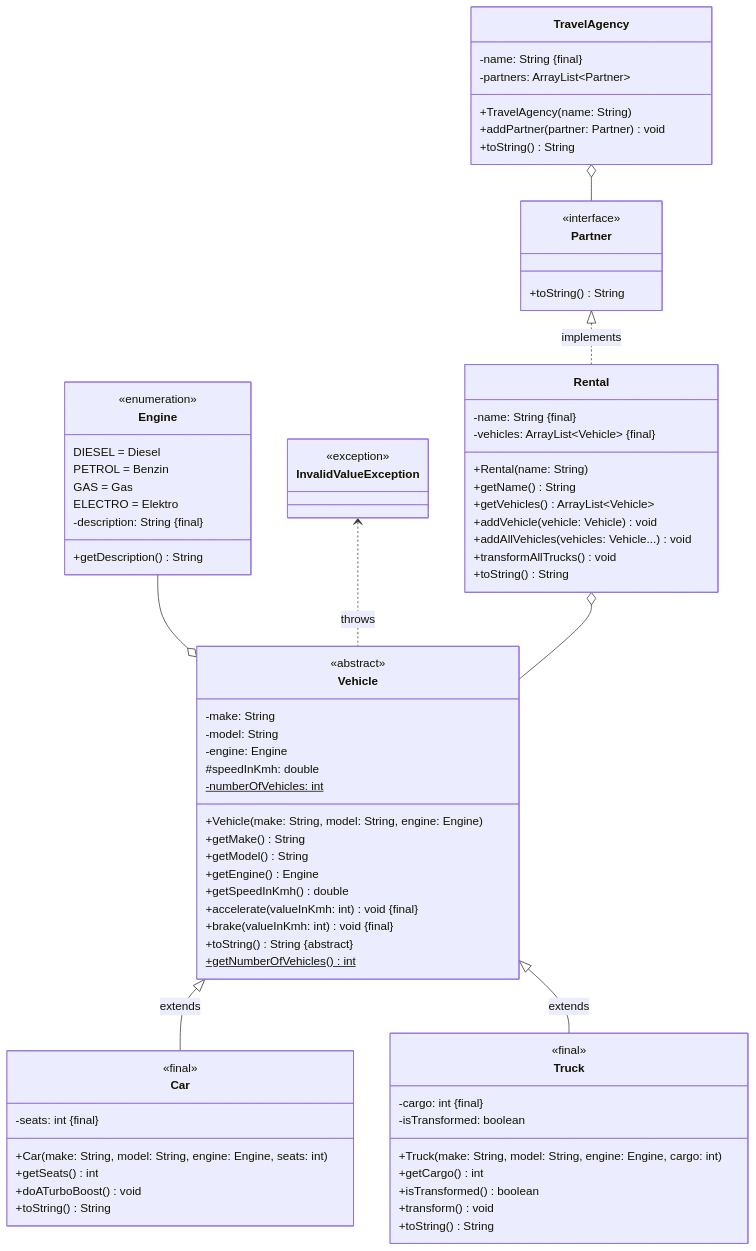
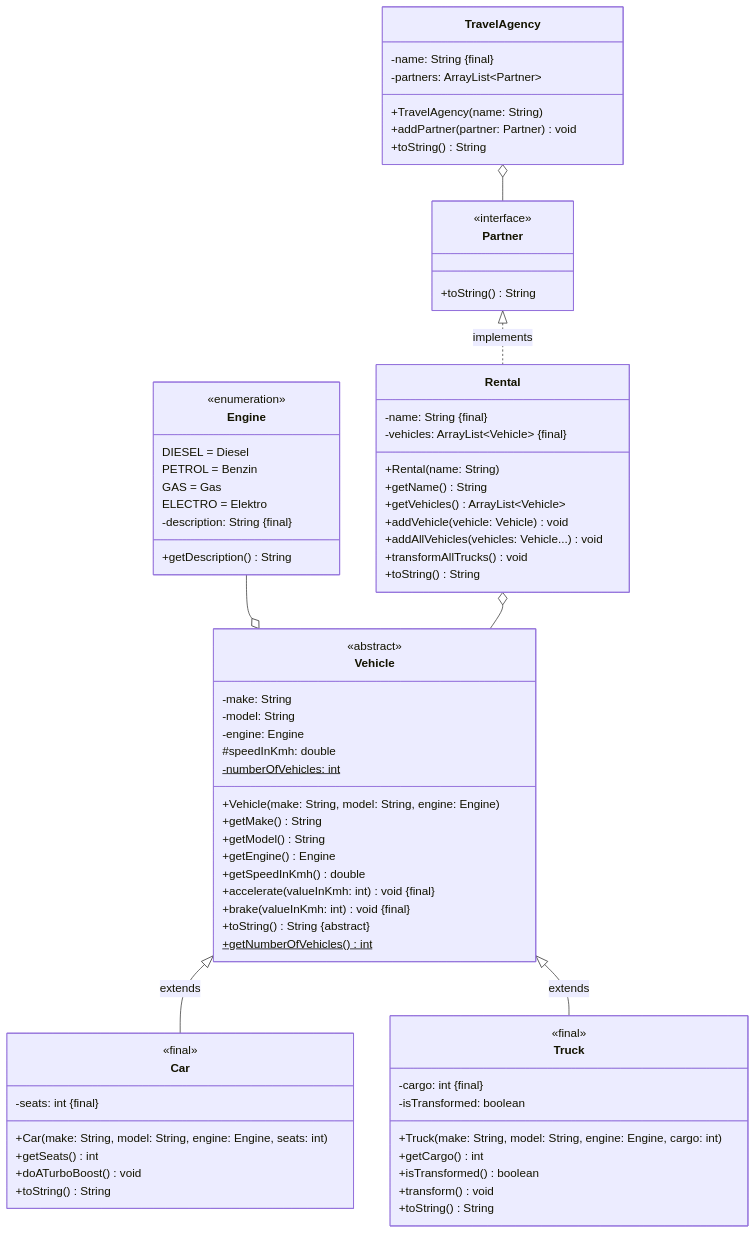
The diagram in docs/exercises/exceptions/exceptions01.mdx (jappuccini/java-docs), drawn with Mermaid before and after one commit. The commit also changed other lines of this file and 64 other files, not shown here.

````diff
--- a/docs/exercises/exceptions/exceptions01.mdx
+++ b/docs/exercises/exceptions/exceptions01.mdx
@@ -18,7 +17,6 @@
     Vehicle <|-- Car : extends
     Vehicle <|-- Truck : extends
     Engine --o Vehicle
-    InvalidValueException <.. Vehicle : throws
     Rental o-- Vehicle
     Partner <|.. Rental : implements
     TravelAgency o-- Partner
@@ -96,8 +94,4 @@
         +addPartner(partner: Partner) void
         +toString() String
     }
-
-    class InvalidValueException {
-    	<<exception>>
-    }
 ```
````
